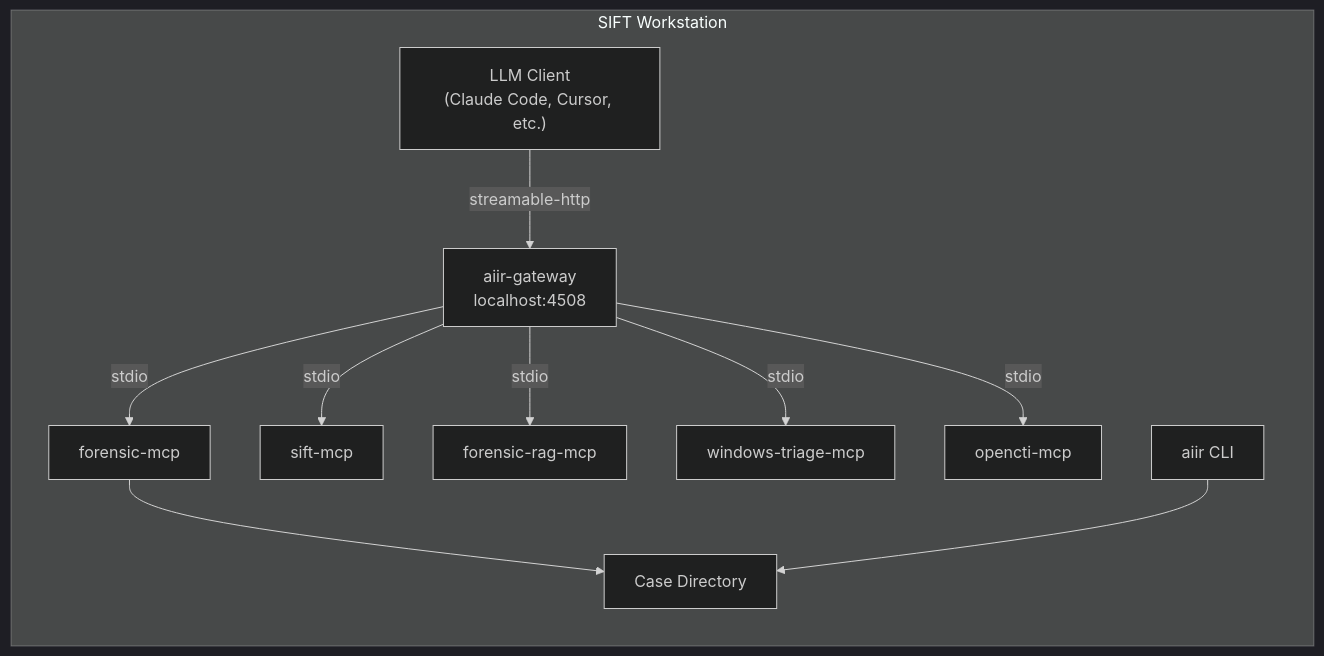
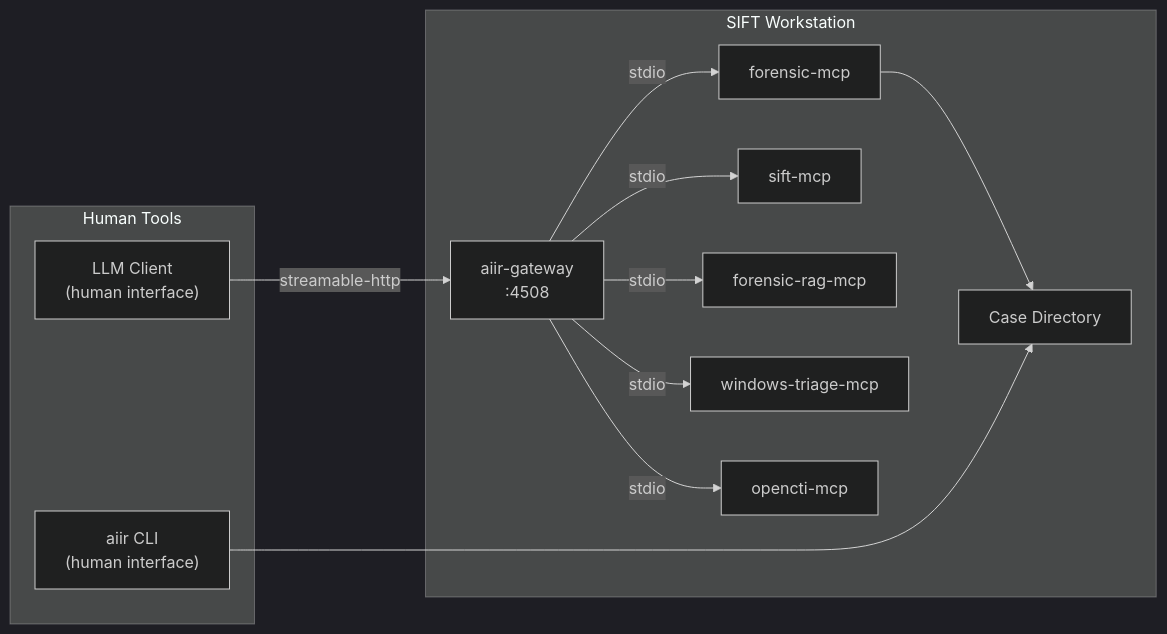
The second of 5 diagrams in README.md (AppliedIR/aiir), drawn with Mermaid (dark theme) before and after one commit. The commit also changed other lines of this file, not shown here.

Commit message:
add (human interface) labels, consistent diagram patterns across all topologies

````diff
--- a/README.md
+++ b/README.md
@@ -69,23 +69,27 @@
 ```mermaid
 graph LR
+    subgraph human ["Human Tools"]
+        CC["LLM Client<br/>(human interface)"]
+        CLI["aiir CLI<br/>(human interface)"]
+    end
+
     subgraph sift ["SIFT Workstation"]
-        CC["LLM Client<br/>(Claude Code, Cursor, etc.)"]
-        GW["aiir-gateway<br/>localhost:4508"]
+        GW["aiir-gateway<br/>:4508"]
         FM[forensic-mcp]
         SM[sift-mcp]
         FR[forensic-rag-mcp]
         WTR[windows-triage-mcp]
         OC[opencti-mcp]
         CASE[Case Directory]
-        CLI[aiir CLI]
 
-        CC -->|"streamable-http"| GW
         GW -->|stdio| FM
         GW -->|stdio| SM
         GW -->|stdio| FR
         GW -->|stdio| WTR
         GW -->|stdio| OC
         FM --> CASE
-        CLI --> CASE
     end
+
+    CC -->|"streamable-http"| GW
+    CLI --> CASE
 ```
````
